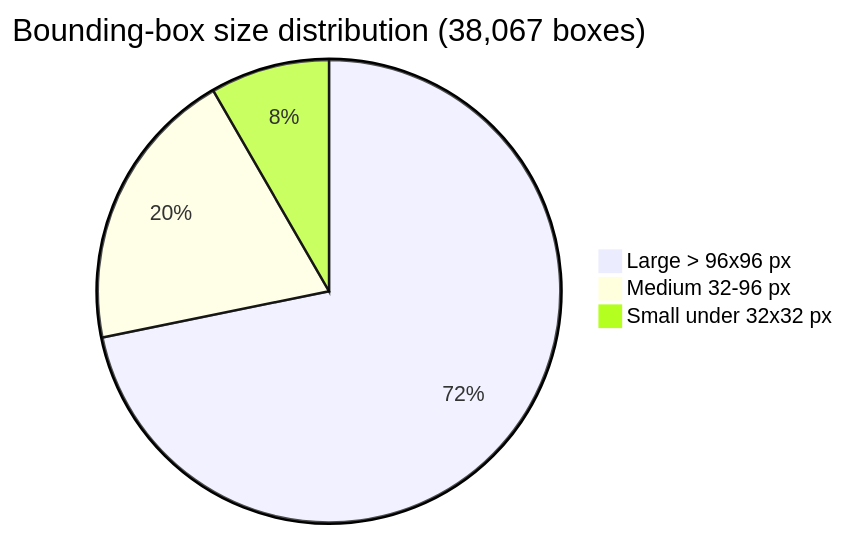
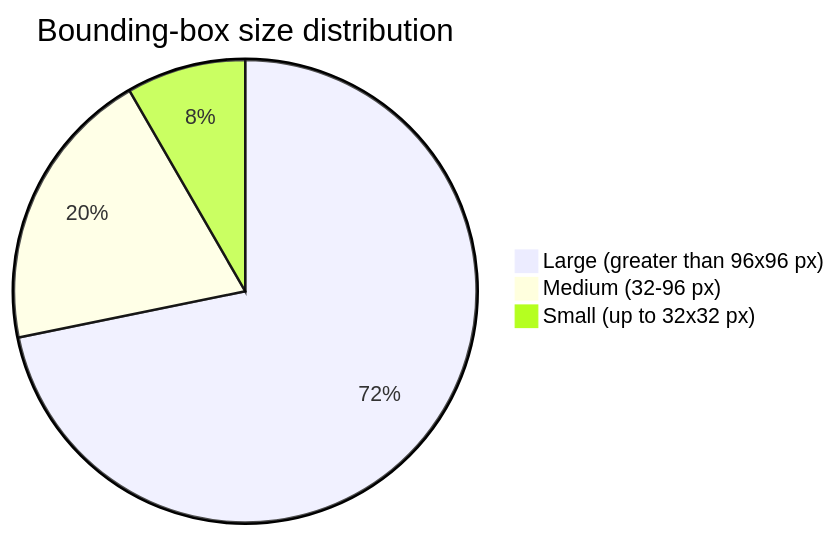
Before and after one commit to CostiCatargiu/Yolov12_WeaponDetection: the third of 5 diagrams in Readme.md, drawn with Mermaid. The commit also changed other lines of this file, not shown here.

````diff
--- a/Readme.md
+++ b/Readme.md
@@ -531,6 +185,6 @@
 ```mermaid
-pie title Bounding-box size distribution (38,067 boxes)
-    "Large > 96x96 px" : 27329
-    "Medium 32-96 px" : 7566
-    "Small under 32x32 px" : 3172
+pie title Bounding-box size distribution
+    "Large (greater than 96x96 px)" : 27329
+    "Medium (32-96 px)" : 7566
+    "Small (up to 32x32 px)" : 3172
 ```
````
